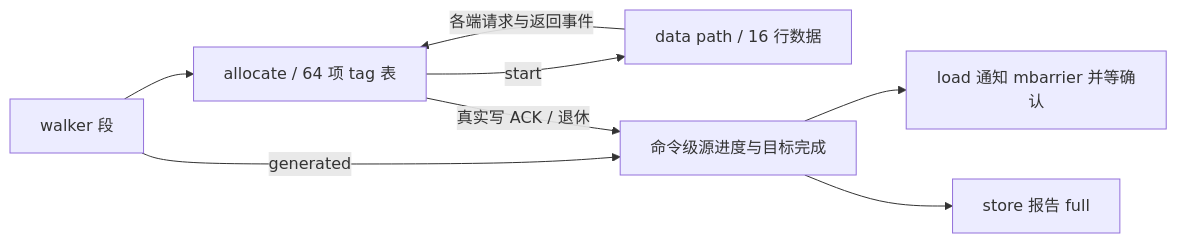
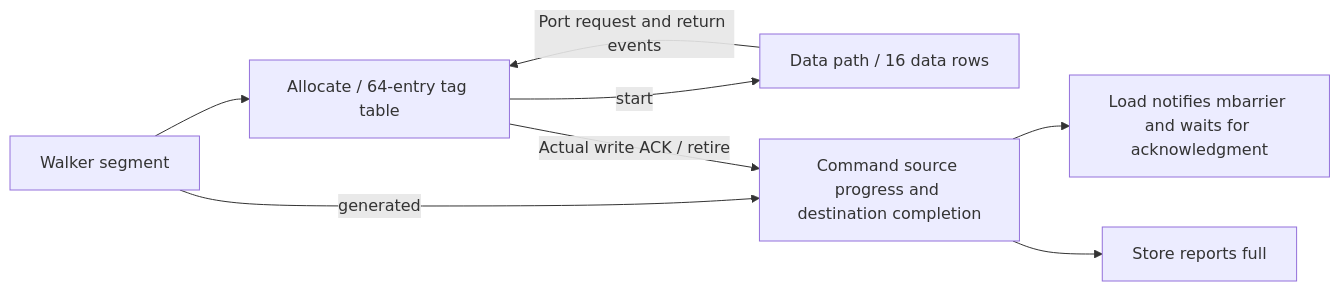
One commit to yuhin777/Allegro changed the diagram in doc/rtl_specs/tma/blackwell_tma_completion_tracker.md. Above: the diagram before and after it, drawn with Mermaid. The commit also changed other lines of this file and 45 other files, not shown here.

````diff
--- a/doc/rtl_specs/tma/blackwell_tma_completion_tracker.md
+++ b/doc/rtl_specs/tma/blackwell_tma_completion_tracker.md
@@ -18,10 +18,10 @@
 ```mermaid
 flowchart LR
- W[walker 段] --> A[allocate / 64 项 tag 表]
- A -->|start| D[data path / 16 行数据]
- D -->|各端请求与返回事件| A
- W -->|generated| C[命令级源进度与目标完成]
- A -->|真实写 ACK / 退休| C
- C --> B[load 通知 mbarrier 并等确认]
- C --> S[store 报告 full]
+ W["Walker segment"] --> A["Allocate / 64-entry tag table"]
+ A -->|start| D["Data path / 16 data rows"]
+ D -->|Port request and return events| A
+ W -->|generated| C["Command source progress and destination completion"]
+ A -->|Actual write ACK / retire| C
+ C --> B["Load notifies mbarrier and waits for acknowledgment"]
+ C --> S["Store reports full"]
 ```
````
